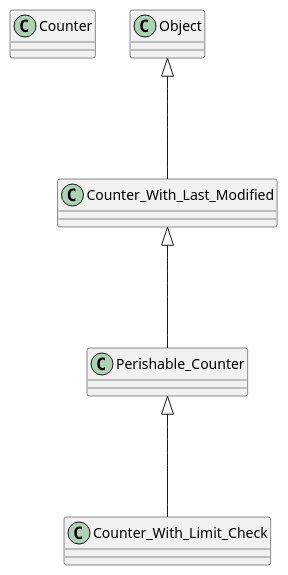
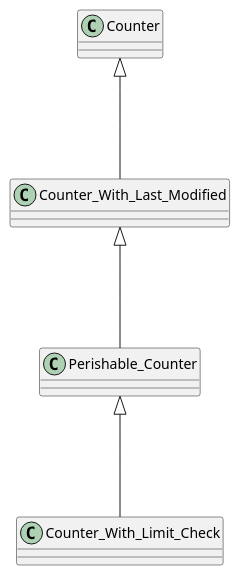
One commit to grenle/js-counters changed the diagram in README.org. Above: the diagram before and after it, drawn with PlantUML. The commit also changed 2 other files, not shown here.

Commit message:
Clean diagram

```diff
--- a/README.org
+++ b/README.org
@@ -43,8 +43,8 @@
 #+begin_src plantuml :file readme-assets/class-diagram.png
 @startuml
 class Counter
-Object <|--- Counter_With_Last_Modified
+Counter <|--- Counter_With_Last_Modified
 Counter_With_Last_Modified <|--- Perishable_Counter
 Perishable_Counter <|--- Counter_With_Limit_Check
 @enduml
 #+end_src
```
